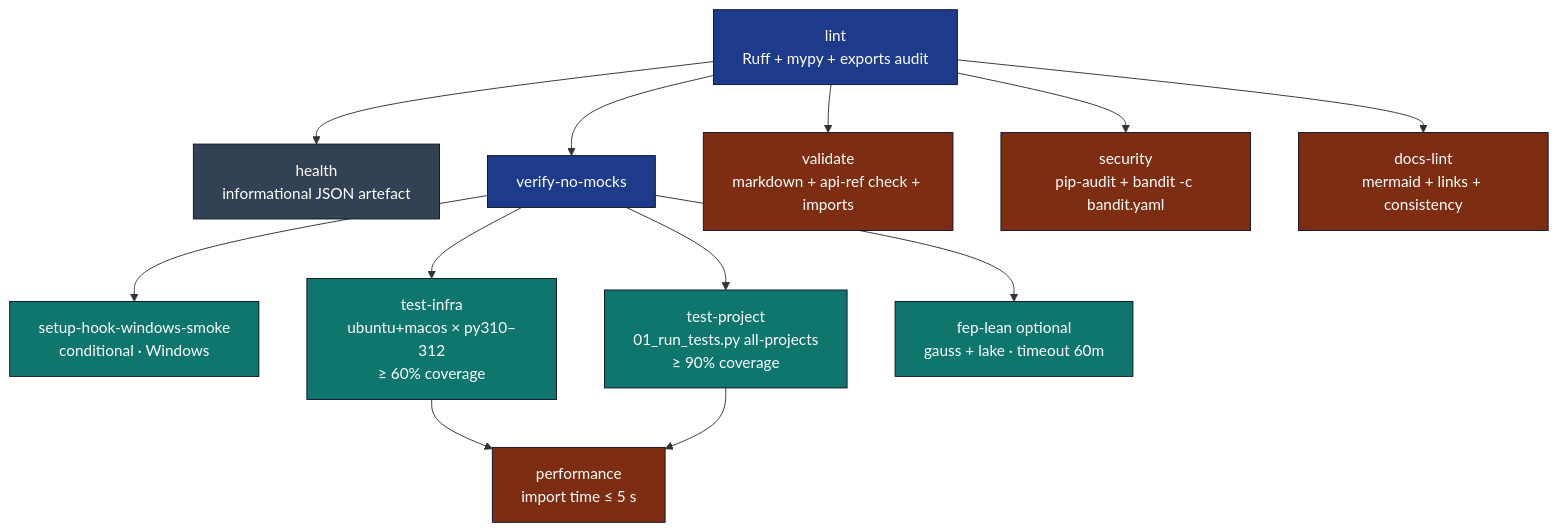
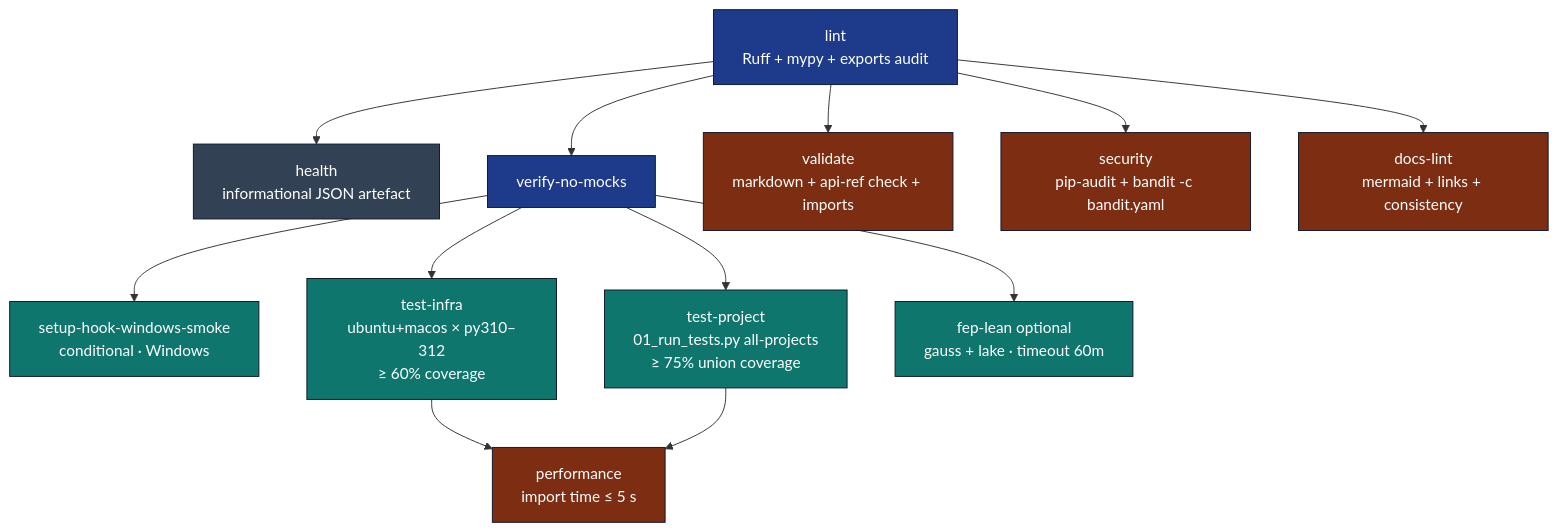
Before and after one commit to docxology/template: the diagram in .github/workflows/README.md, drawn with Mermaid. The commit also changed other lines of this file and 128 other files, not shown here.

````diff
--- a/.github/workflows/README.md
+++ b/.github/workflows/README.md
@@ -21,23 +21,23 @@
 ```mermaid
 flowchart TB
     LINT[lint<br/>Ruff + mypy + exports audit] --> HEALTH[health<br/>informational JSON artefact]
     LINT --> VNM[verify-no-mocks]
     LINT --> VAL[validate<br/>markdown + api-ref check + imports]
     LINT --> SEC[security<br/>pip-audit + bandit -c bandit.yaml]
     LINT --> DL[docs-lint<br/>mermaid + links + consistency]
     VNM --> SHW[setup-hook-windows-smoke<br/>conditional · Windows]
     VNM --> TI[test-infra<br/>ubuntu+macos × py310–312<br/>≥ 60% coverage]
-    VNM --> TP[test-project<br/>01_run_tests.py all-projects<br/>≥ 90% coverage]
+    VNM --> TP[test-project<br/>01_run_tests.py all-projects<br/>≥ 75% union coverage]
     VNM --> FL[fep-lean optional<br/>gauss + lake · timeout 60m]
     TI --> PERF[performance<br/>import time ≤ 5 s]
     TP --> PERF
 
     classDef gate fill:#1e3a8a,stroke:#0f172a,color:#fff
     classDef matrix fill:#0f766e,stroke:#0f172a,color:#fff
     classDef terminal fill:#7c2d12,stroke:#0f172a,color:#fff
     classDef info fill:#334155,stroke:#0f172a,color:#fff
     class LINT,VNM gate
     class TI,TP,FL,SHW matrix
     class VAL,SEC,DL,PERF terminal
     class HEALTH info
 ```
````
